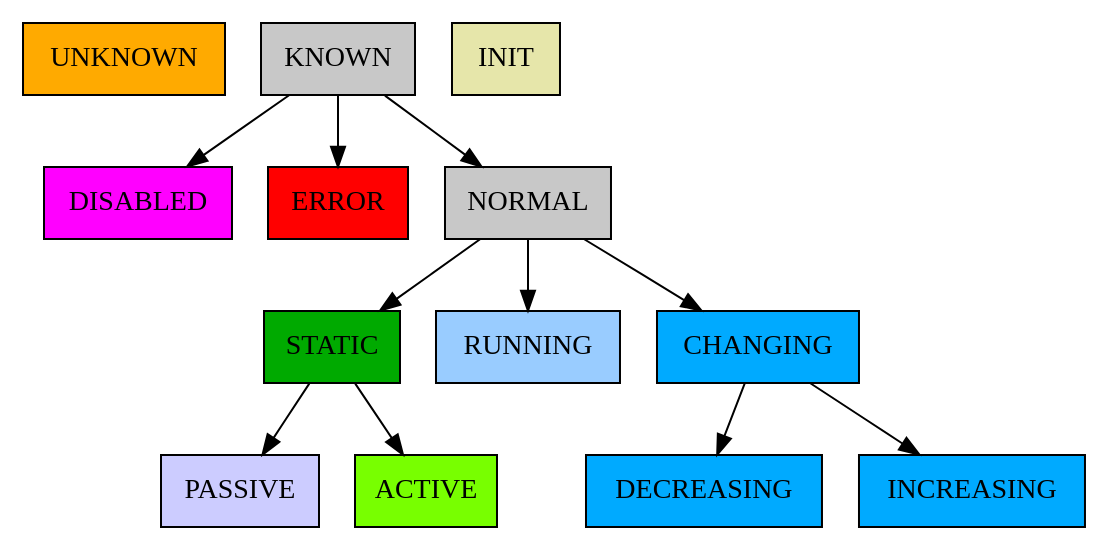
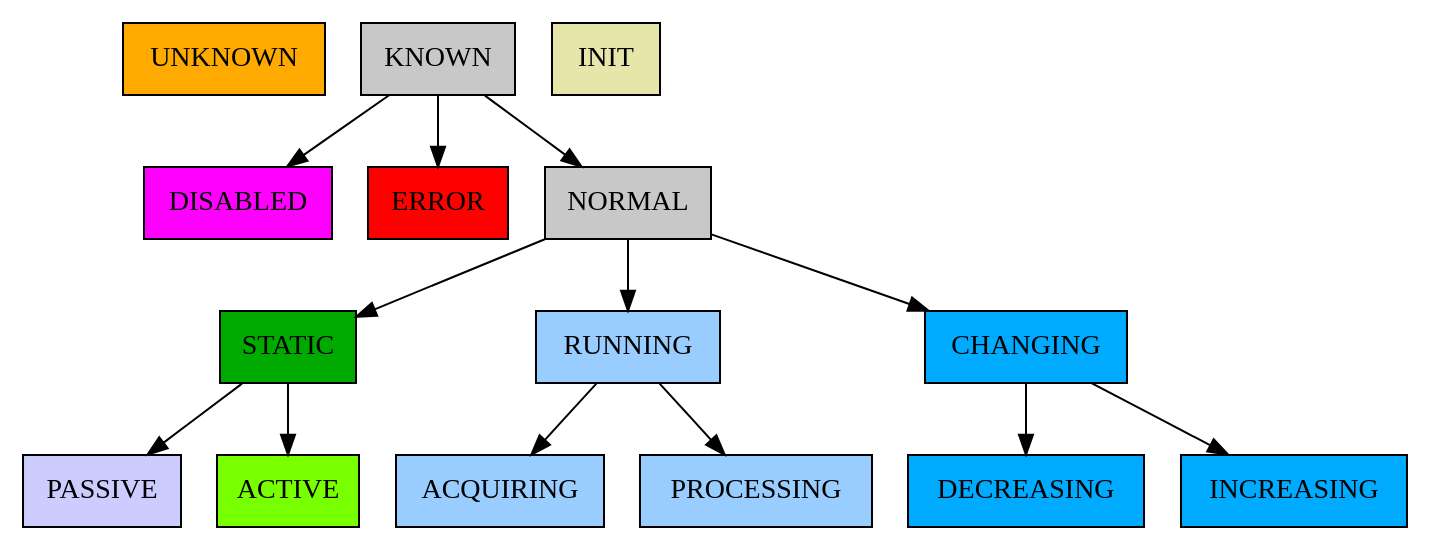
Before and after one commit to European-XFEL/Karabo: the first of 19 diagrams in doc/concepts/states.rst, drawn with Graphviz.

Commit message:
Show acquiring running in standard

```diff
--- a/doc/concepts/states.rst
+++ b/doc/concepts/states.rst
@@ -20,25 +20,29 @@
 .. digraph:: state_transitions
 
     "UNKNOWN"[shape = box style=filled, fillcolor="#FFAA00"]
     "DISABLED"[shape = box style=filled, fillcolor="#FF00FF"]
     "ERROR"[shape = box style=filled, fillcolor=red]
     "INIT"[shape = box style=filled, fillcolor="#E6E6AA"]
     "KNOWN"[shape = box style=filled, fillcolor="#C8C8C8"]
     "STATIC"[shape = box style=filled, fillcolor="#00AA00"]
     "NORMAL"[shape = box style=filled, fillcolor="#C8C8C8"]
     "KNOWN" -> "NORMAL"
     "KNOWN" -> "ERROR"
     "KNOWN" -> "DISABLED"
     "NORMAL" -> "STATIC"
     "NORMAL" -> "RUNNING"
     "RUNNING"[shape = box style=filled, fillcolor="#99CCFF"]
+    "ACQUIRING"[shape = box style=filled, fillcolor="#99CCFF"]
+    "RUNNING" -> "ACQUIRING"
+    "PROCESSING"[shape = box style=filled, fillcolor="#99CCFF"]
+    "RUNNING" -> "PROCESSING"
     "PASSIVE"[shape = box style=filled, fillcolor="#CCCCFF"]
     "STATIC" -> "PASSIVE"
     "ACTIVE"[shape = box style=filled, fillcolor="#78FF00"]
     "STATIC" -> "ACTIVE"
     "CHANGING"[shape = box style=filled, fillcolor="#00AAFF"]
     "NORMAL" -> "CHANGING"
     "DECREASING"[shape = box style=filled, fillcolor="#00AAFF"]
     "CHANGING" -> "DECREASING"
     "INCREASING"[shape = box style=filled, fillcolor="#00AAFF"]
     "CHANGING" -> "INCREASING"
```
